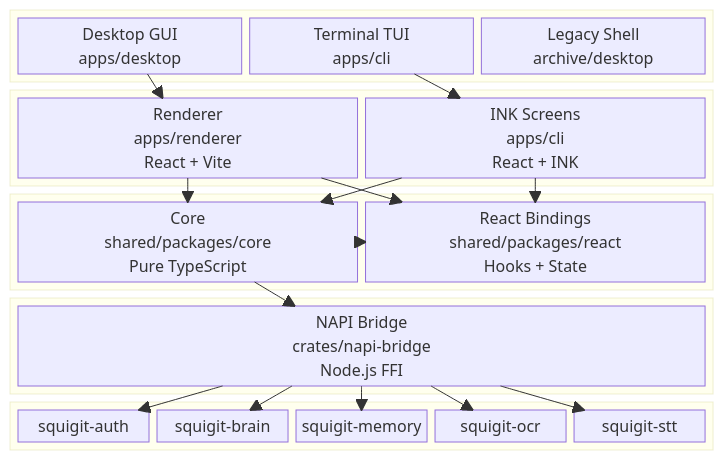
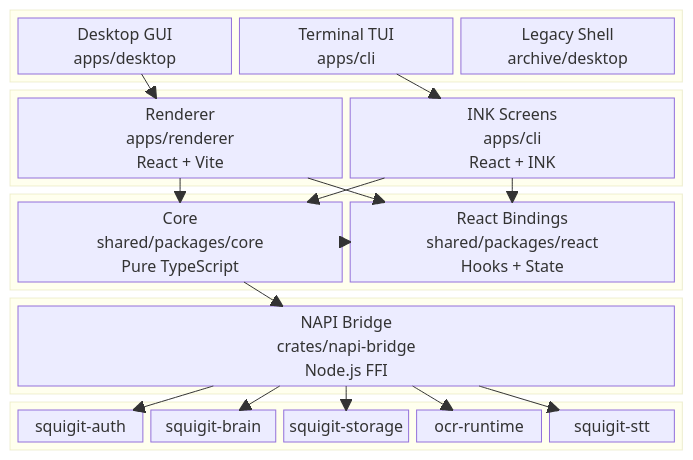
Before and after one commit to squigit-org/squigit: the first of 7 diagrams in docs/02-architecture/SQUIGIT.md, drawn with Mermaid. The commit also changed other lines of this file and 1 other file, not shown here.

````diff
--- a/docs/02-architecture/SQUIGIT.md
+++ b/docs/02-architecture/SQUIGIT.md
@@ -11,50 +11,50 @@
 ```mermaid
 block-beta
   columns 3
 
   block:shells:3
     columns 3
     A["Desktop GUI\napps/desktop"]
     B["Terminal TUI\napps/cli"]
     C["Legacy Shell\narchive/desktop"]
   end
 
   block:ui:3
     columns 2
     D["Renderer\napps/renderer\nReact + Vite"]
     E["INK Screens\napps/cli\nReact + INK"]
   end
 
   block:domain:3
     columns 2
     F["Core\nshared/packages/core\nPure TypeScript"]
     G["React Bindings\nshared/packages/react\nHooks + State"]
   end
 
   block:bridge:3
     H["NAPI Bridge\ncrates/napi-bridge\nNode.js FFI"]
   end
 
   block:backend:3
     columns 5
     I["squigit-auth"]
     J["squigit-brain"]
-    K["squigit-memory"]
-    L["squigit-ocr"]
+    K["squigit-storage"]
+    L["ocr-runtime"]
     M["squigit-stt"]
   end
 
   A --> D
   B --> E
   D --> F
   D --> G
   E --> F
   E --> G
   F --> H
   G --> F
   H --> I
   H --> J
   H --> K
   H --> L
   H --> M
 ```
````
